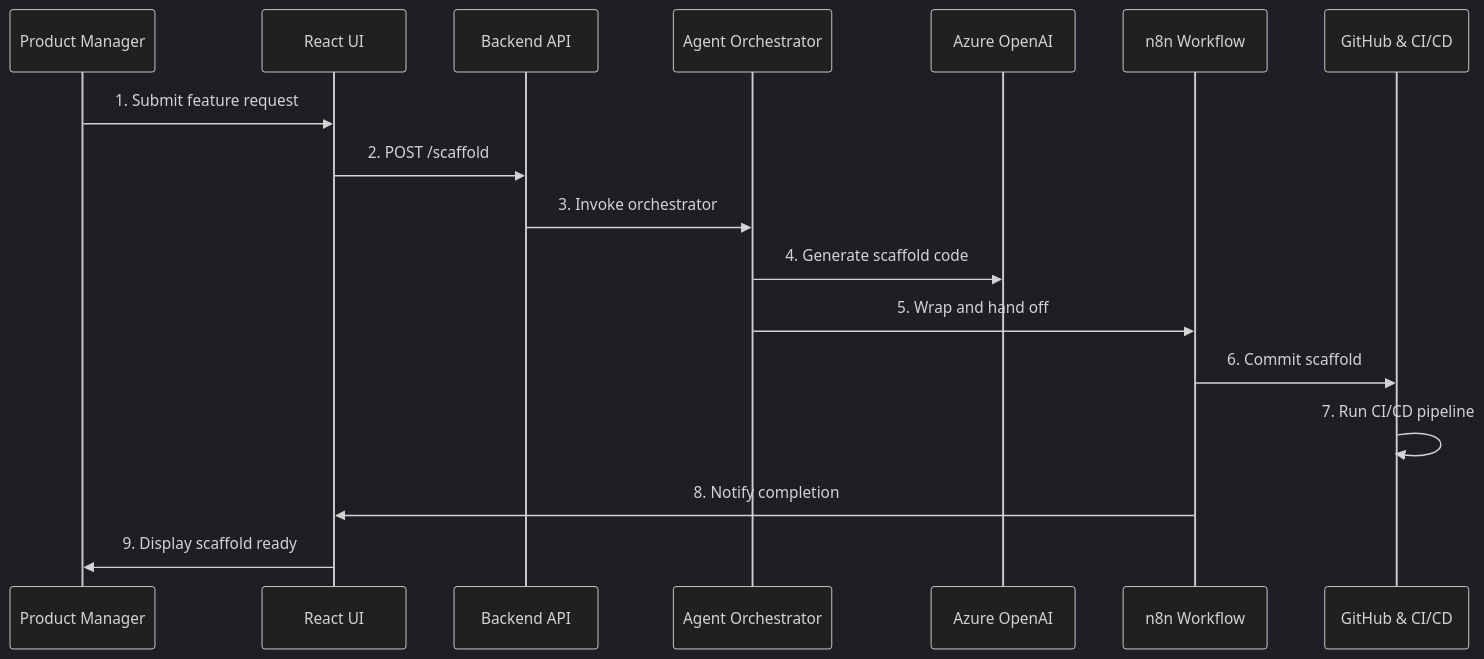
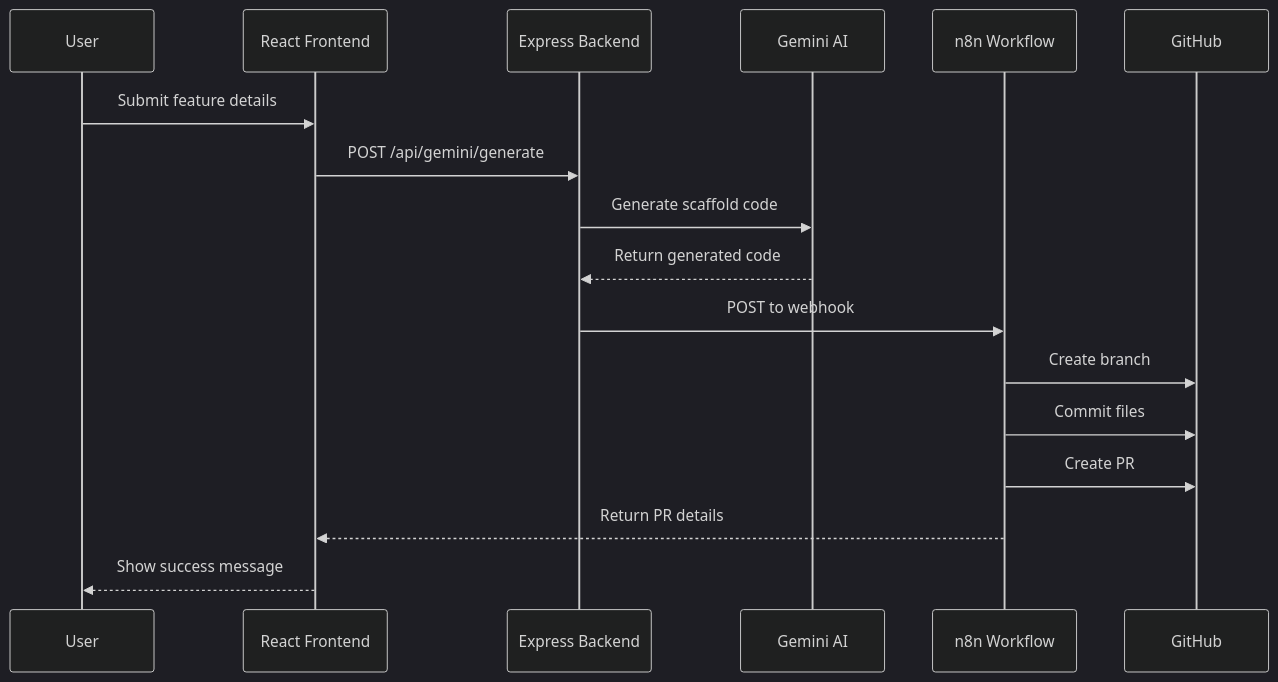
The second of 2 diagrams in README.md (Seshu24/feature-scaffold), drawn with Mermaid (dark theme) before and after one commit. The commit also changed other lines of this file and 6 other files, not shown here.

````diff
--- a/README.md
+++ b/README.md
@@ -50,20 +35,20 @@
 ```mermaid
 sequenceDiagram
-  participant PM as Product Manager
-  participant UI as React UI
-  participant API as Backend API
-  participant OR as Agent Orchestrator
-  participant LLM as Azure OpenAI
-  participant WF as n8n Workflow
-  participant GH as GitHub & CI/CD
+    participant U as User
+    participant R as React Frontend
+    participant E as Express Backend
+    participant G as Gemini AI
+    participant N as n8n Workflow
+    participant GH as GitHub
 
-  PM->>UI: 1. Submit feature request
-  UI->>API: 2. POST /scaffold
-  API->>OR: 3. Invoke orchestrator
-  OR->>LLM: 4. Generate scaffold code
-  OR->>WF: 5. Wrap and hand off
-  WF->>GH: 6. Commit scaffold
-  GH->>GH: 7. Run CI/CD pipeline
-  WF->>UI: 8. Notify completion
-  UI->>PM: 9. Display scaffold ready
+    U->>R: Submit feature details
+    R->>E: POST /api/gemini/generate
+    E->>G: Generate scaffold code
+    G-->>E: Return generated code
+    E->>N: POST to webhook
+    N->>GH: Create branch
+    N->>GH: Commit files
+    N->>GH: Create PR
+    N-->>R: Return PR details
+    R-->>U: Show success message
 ```
````
